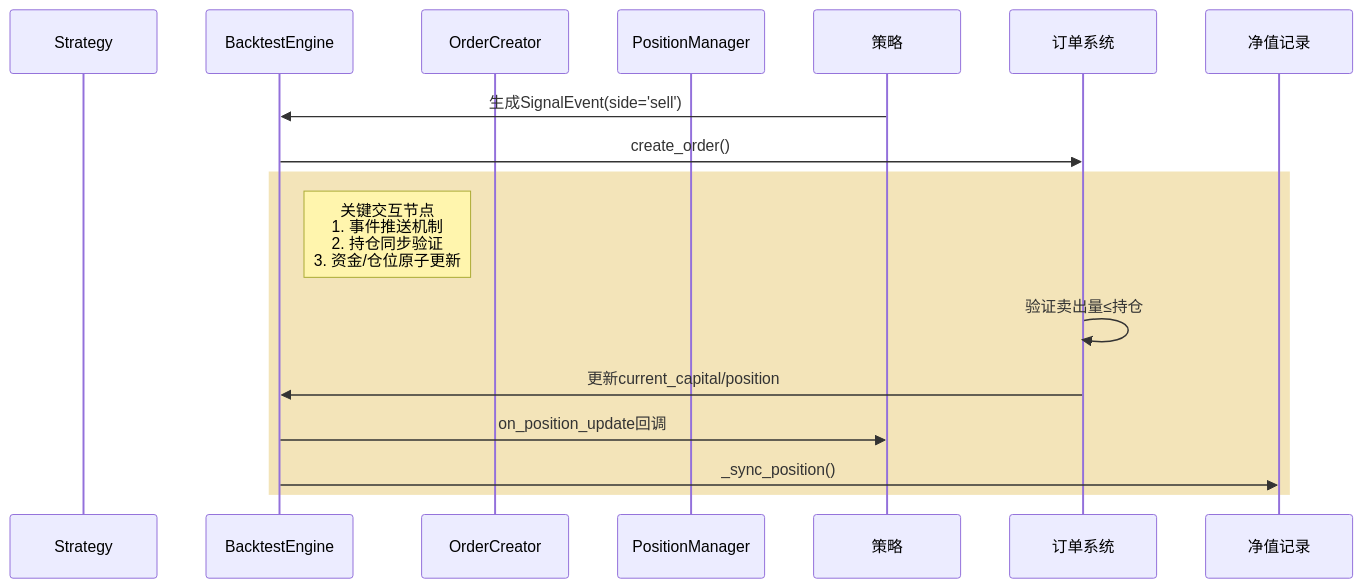
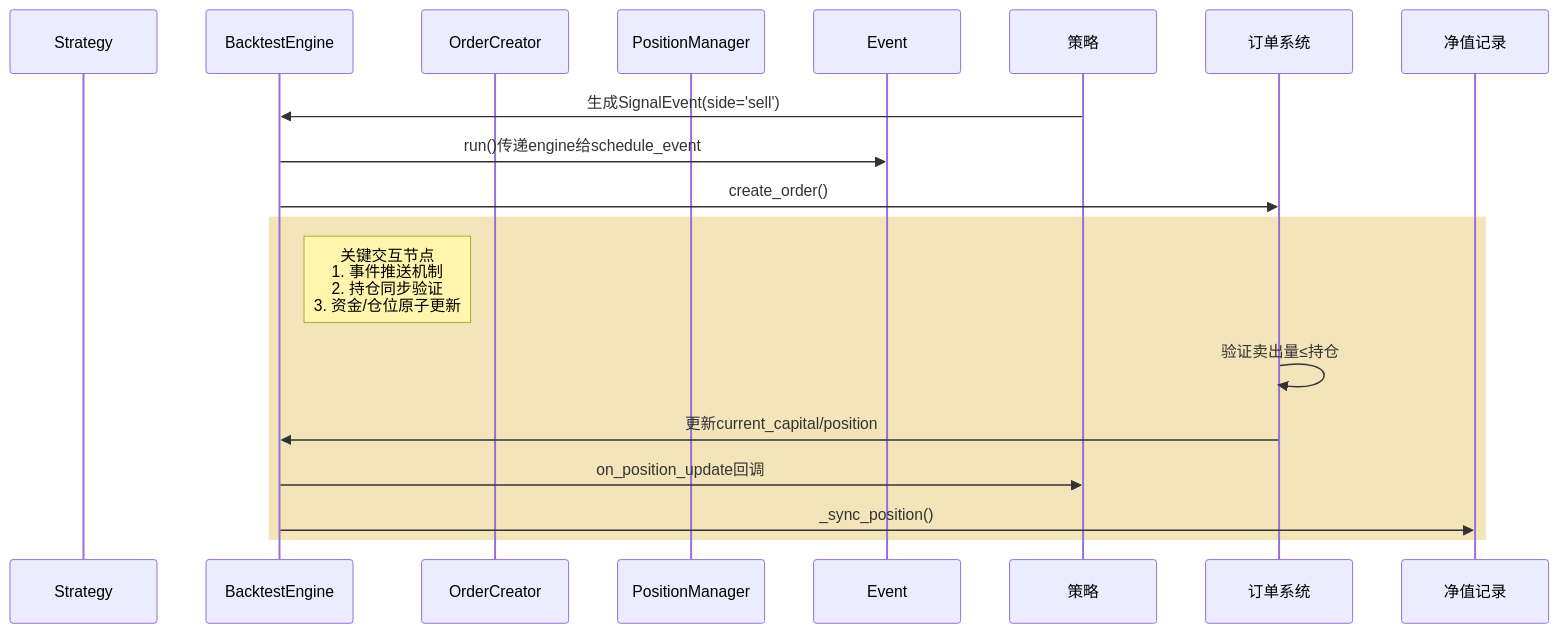
One commit to FAKE0704/awesome-Qsys changed the diagram in docs/时序图.md. Above: the diagram before and after it, drawn with Mermaid. The commit also changed 35 other files, not shown here.

Commit message:
v1.3 图标同步缩放,图表选择

````diff
--- a/docs/时序图.md
+++ b/docs/时序图.md
@@ -1,19 +1,22 @@
 ```mermaid
 sequenceDiagram
     participant Strategy
     participant BacktestEngine
     participant OrderCreator
     participant PositionManager
+    participant Event
 
     策略->>BacktestEngine: 生成SignalEvent(side='sell')
+    BacktestEngine->>Event: run()传递engine给schedule_event
     BacktestEngine->>订单系统: create_order()
     
     rect rgba(214, 167, 26, 0.3)
         note right of BacktestEngine: 关键交互节点<br/>1. 事件推送机制<br/>2. 持仓同步验证<br/>3. 资金/仓位原子更新
         
         订单系统->>订单系统: 验证卖出量≤持仓
         订单系统->>BacktestEngine: 更新current_capital/position
         BacktestEngine->>策略: on_position_update回调
+        
         BacktestEngine->>净值记录: _sync_position()
     end
 ```
````
